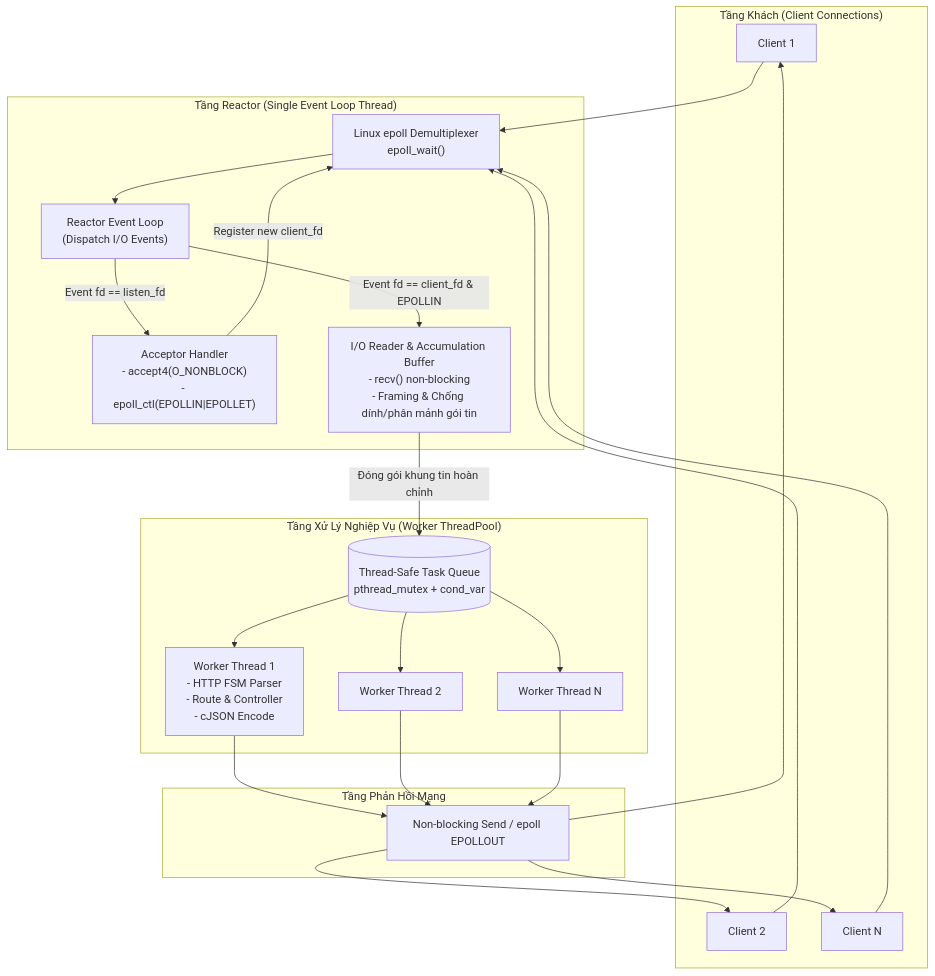
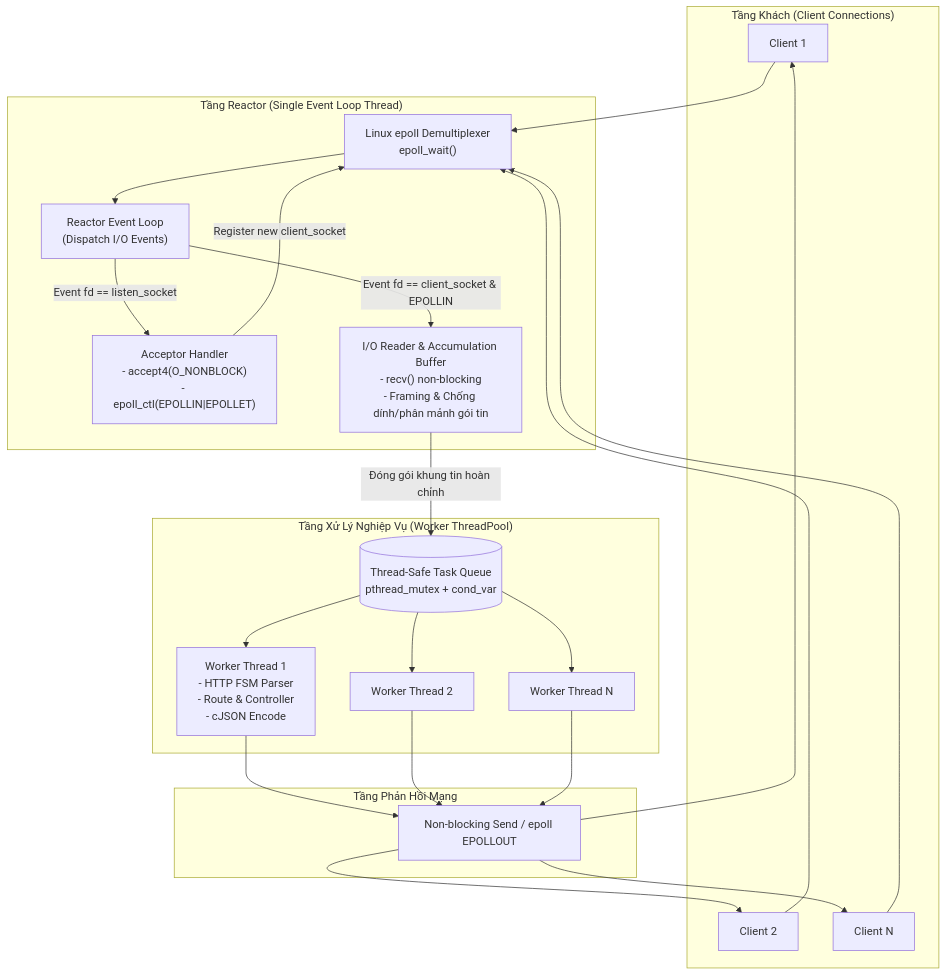
Before and after one commit to lethanhan01/mooc-clone: the diagram in server-c/README.md, drawn with Mermaid. The commit also changed other lines of this file and 25 other files, not shown here.

````diff
--- a/server-c/README.md
+++ b/server-c/README.md
@@ -11,36 +11,36 @@
 ```mermaid
 flowchart TD
     subgraph Clients["Tầng Khách (Client Connections)"]
         C1["Client 1"]
         C2["Client 2"]
         Cn["Client N"]
     end
 
     subgraph ReactorLayer["Tầng Reactor (Single Event Loop Thread)"]
         EpollDemux["Linux epoll Demultiplexer<br/>epoll_wait()"]
         ReactorLoop["Reactor Event Loop<br/>(Dispatch I/O Events)"]
         Acceptor["Acceptor Handler<br/>- accept4(O_NONBLOCK)<br/>- epoll_ctl(EPOLLIN|EPOLLET)"]
         IOReader["I/O Reader & Accumulation Buffer<br/>- recv() non-blocking<br/>- Framing & Chống dính/phân mảnh gói tin"]
     end
 
     subgraph WorkerPoolLayer["Tầng Xử Lý Nghiệp Vụ (Worker ThreadPool)"]
         TaskQueue[("Thread-Safe Task Queue<br/>pthread_mutex + cond_var")]
         W1["Worker Thread 1<br/>- HTTP FSM Parser<br/>- Route & Controller<br/>- cJSON Encode"]
         W2["Worker Thread 2"]
         Wn["Worker Thread N"]
     end
 
     subgraph ResponseDispatch["Tầng Phản Hồi Mạng"]
         RespWrite["Non-blocking Send / epoll EPOLLOUT"]
     end
 
     C1 & C2 & Cn --> EpollDemux
     EpollDemux --> ReactorLoop
-    ReactorLoop -->|Event fd == listen_fd| Acceptor
-    ReactorLoop -->|Event fd == client_fd & EPOLLIN| IOReader
-    Acceptor -->|Register new client_fd| EpollDemux
+    ReactorLoop -->|Event fd == listen_socket| Acceptor
+    ReactorLoop -->|Event fd == client_socket & EPOLLIN| IOReader
+    Acceptor -->|Register new client_socket| EpollDemux
     IOReader -->|Đóng gói khung tin hoàn chỉnh| TaskQueue
     TaskQueue --> W1 & W2 & Wn
     W1 & W2 & Wn --> RespWrite
     RespWrite --> C1 & C2 & Cn
 ```
````
